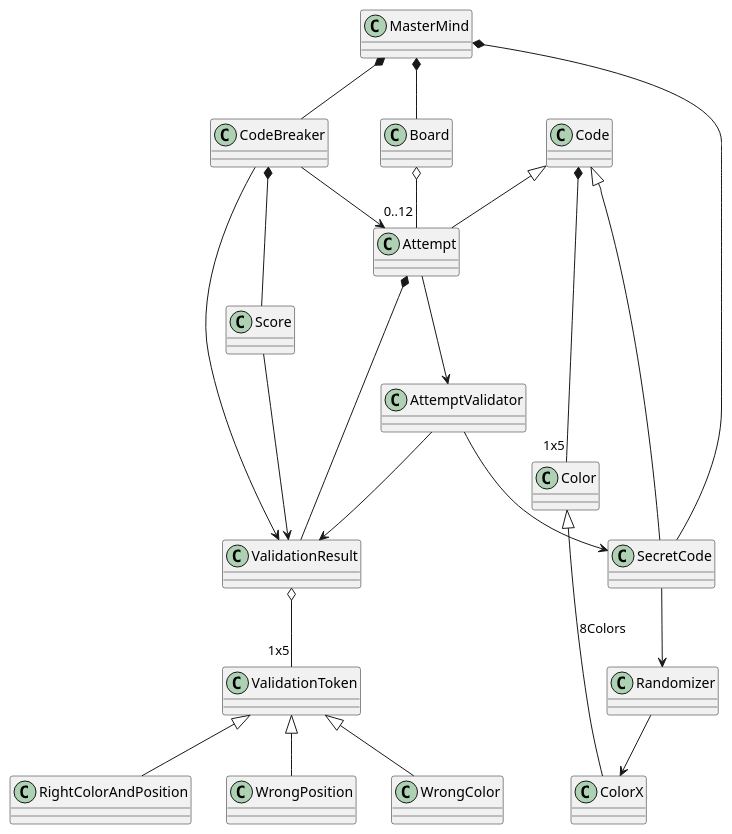
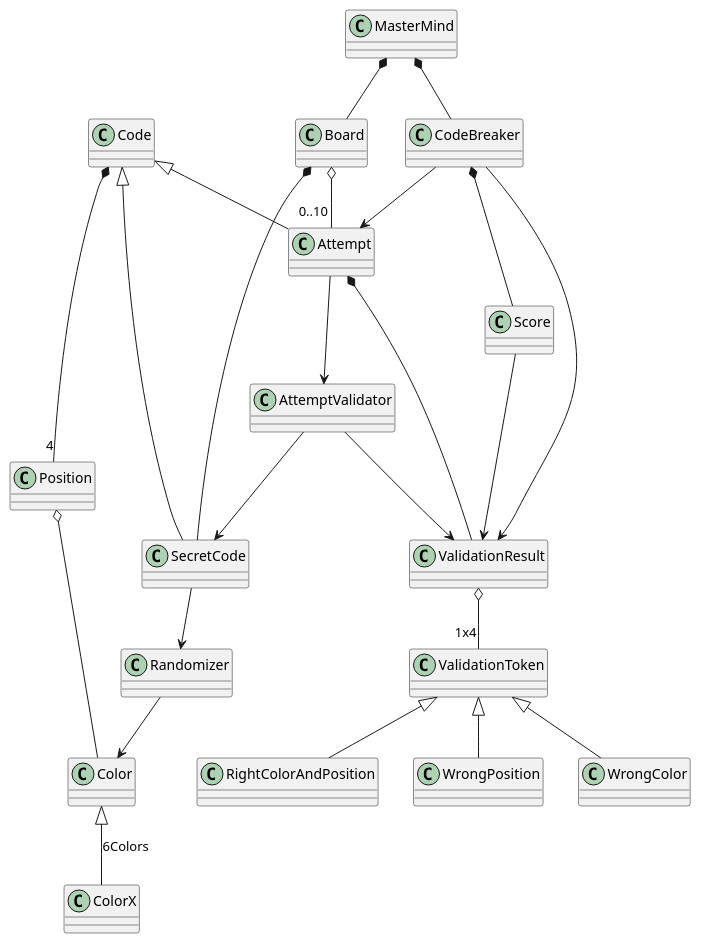
Before and after one commit to Master-Desarrollo-20-21/ejercicio-2-modelo-de-dominio-mastermind-rbadenas: the diagram in OnePlayerVersion/MasterMindOnePlayer.wsd, drawn with PlantUML.

```diff
--- a/OnePlayerVersion/MasterMindOnePlayer.wsd
+++ b/OnePlayerVersion/MasterMindOnePlayer.wsd
@@ -1,36 +1,37 @@
 @startuml
 
 MasterMind *-- Board
 MasterMind *-- CodeBreaker
-MasterMind *-- SecretCode
 
-Board o-- "0..12" Attempt
+Board o-- "0..10" Attempt
+Board *-- SecretCode
 
 CodeBreaker --> Attempt
 CodeBreaker --> ValidationResult
 CodeBreaker *-- Score
 Score --> ValidationResult
 
 Code <|-- Attempt
 Code <|-- SecretCode
-Code *-- "1x5" Color
+Code *-- "4" Position
+Position o-- Color
 
 Attempt *-- ValidationResult
 Attempt --> AttemptValidator
 
 SecretCode --> Randomizer
 AttemptValidator --> ValidationResult
 AttemptValidator --> SecretCode
 
 
 
-Color <|-- ColorX : 8Colors
+Color <|-- ColorX : 6Colors
 
-ValidationResult o-- "1x5" ValidationToken
+ValidationResult o-- "1x4" ValidationToken
 ValidationToken <|-- RightColorAndPosition
 ValidationToken <|-- WrongPosition
 ValidationToken <|-- WrongColor
 
-Randomizer --> ColorX
+Randomizer --> Color
 
 @enduml
```
